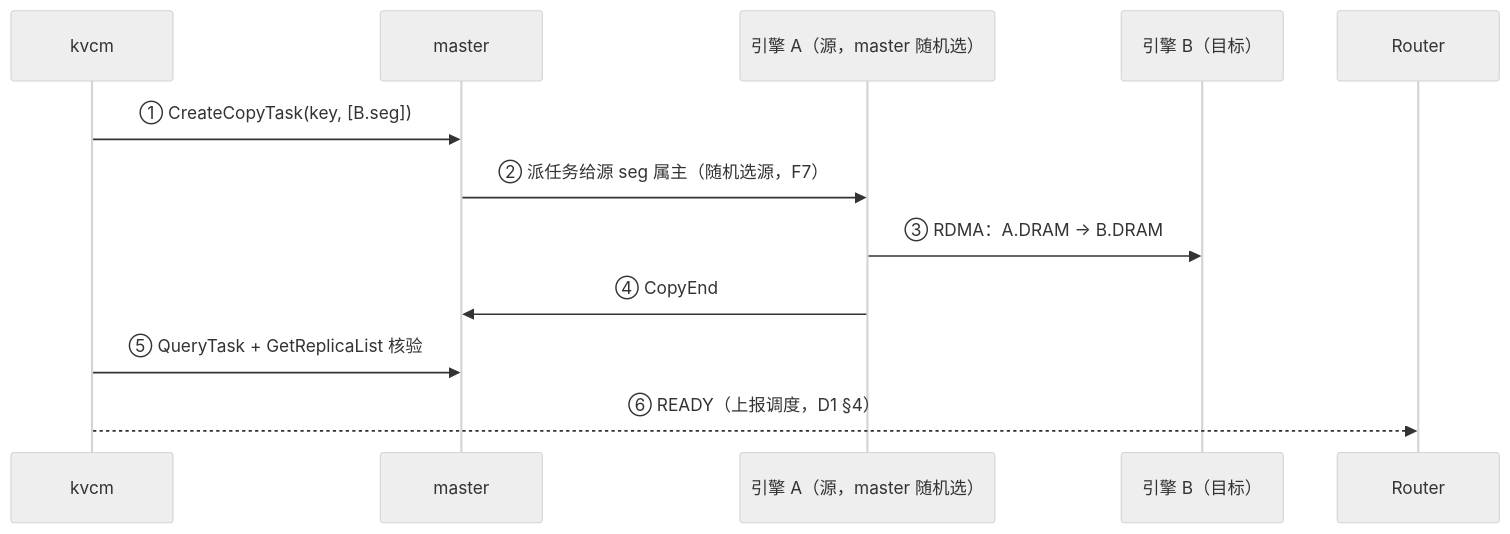
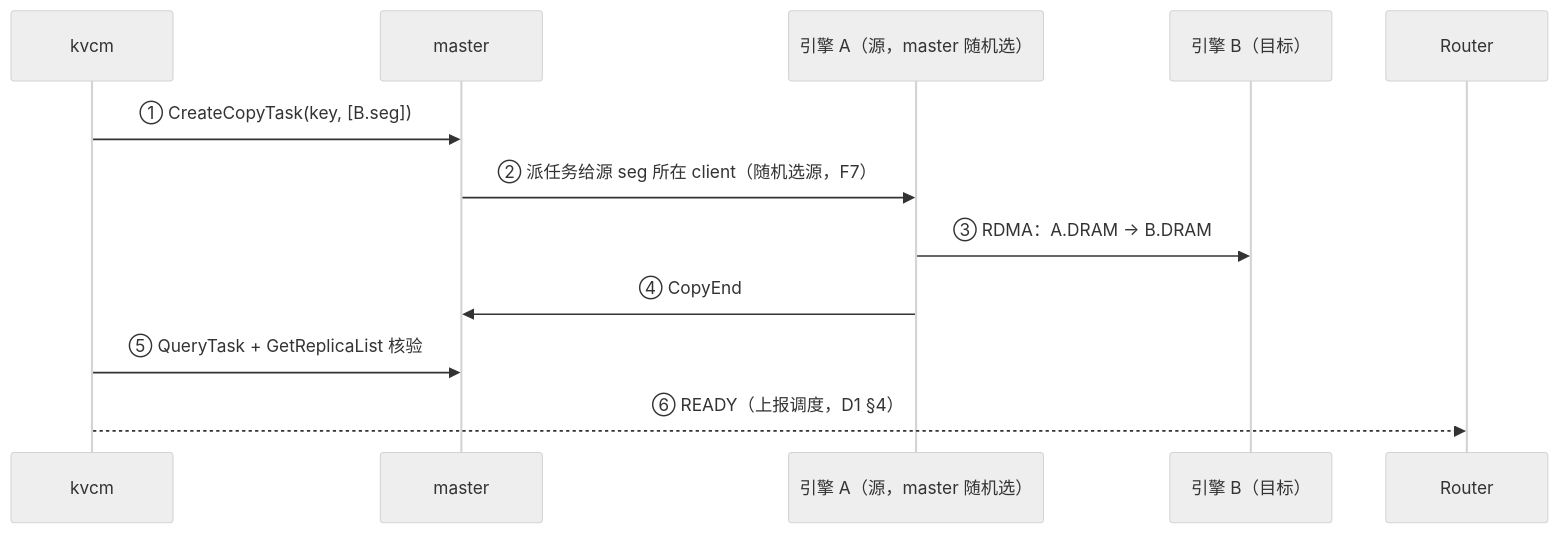
One commit to 5x8-40/lake changed the second of 10 diagrams in kvcm/D2-kv-operations.md. Above: the diagram before and after it, drawn with Mermaid (neutral theme). The commit also changed other lines of this file and 6 other files, not shown here.

First line of the commit message:
docs(kvcm): 归属术语澄清 + 归属关系全图，BatchReplicaClear 语义补全 (#62)

````diff
--- a/kvcm/D2-kv-operations.md
+++ b/kvcm/D2-kv-operations.md
@@ -378,15 +478,15 @@
 ```mermaid
 sequenceDiagram
     participant K as kvcm
     participant M as master
     participant A as 引擎 A（源，master 随机选）
     participant B as 引擎 B（目标）
     participant R as Router
 
     K->>M: ① CreateCopyTask(key, [B.seg])
-    M->>A: ② 派任务给源 seg 属主（随机选源，F7）
+    M->>A: ② 派任务给源 seg 所在 client（随机选源，F7）
     A->>B: ③ RDMA：A.DRAM → B.DRAM
     A->>M: ④ CopyEnd
     K->>M: ⑤ QueryTask + GetReplicaList 核验
     K-->>R: ⑥ READY（上报调度，D1 §4）
 ```
````
